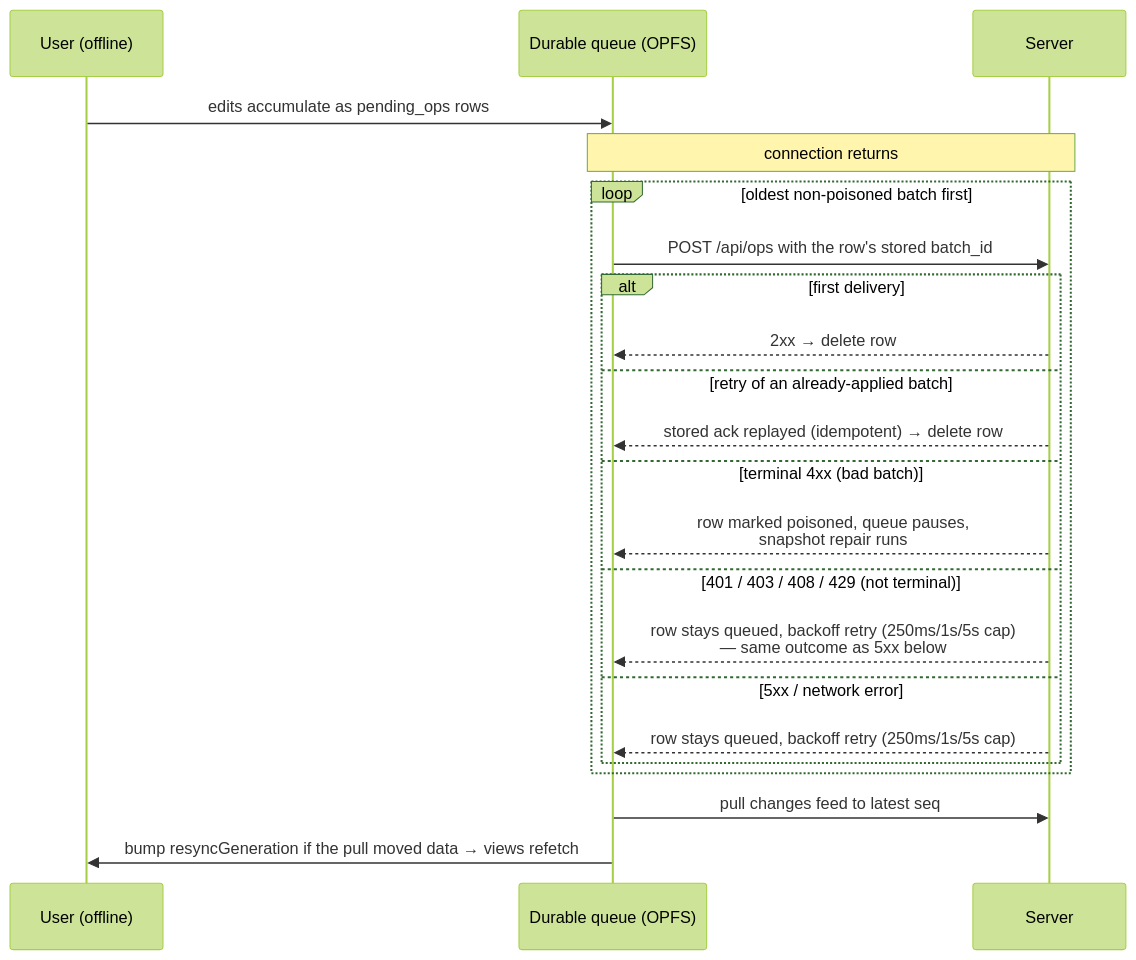
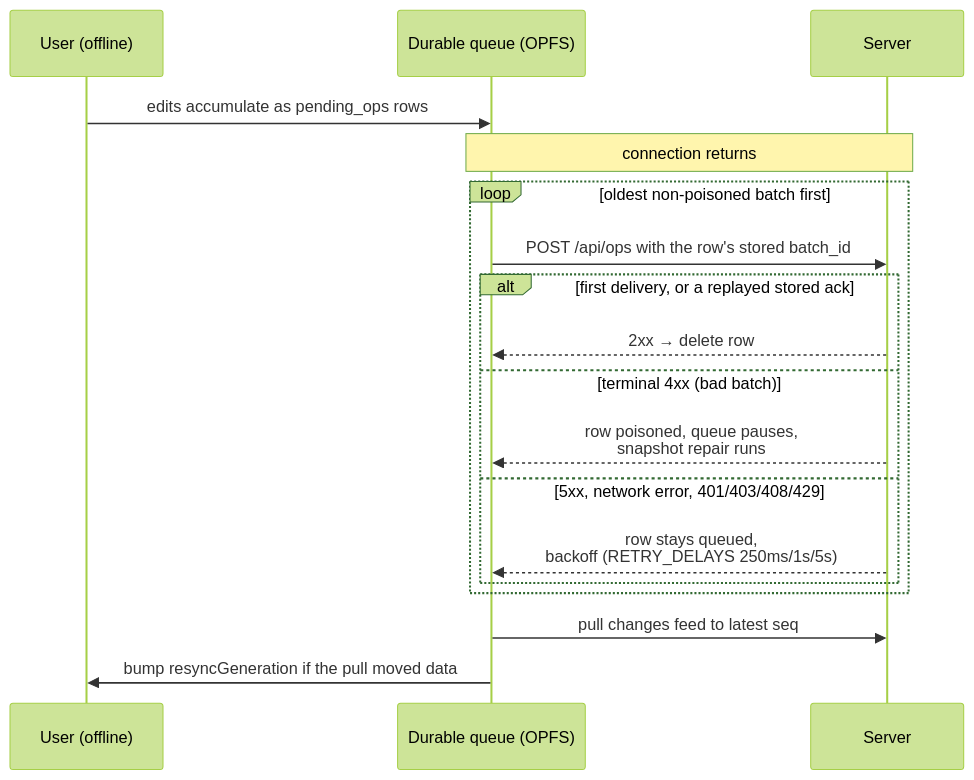
The second of 2 diagrams in docs/architecture/sync-and-offline.md (ArthurClune/pkm-system), drawn with Mermaid (forest theme) before and after one commit. The commit also changed other lines of this file and 8 other files, not shown here.

````diff
--- a/docs/architecture/sync-and-offline.md
+++ b/docs/architecture/sync-and-offline.md
@@ -340,25 +308,21 @@
 ```mermaid
 sequenceDiagram
     participant U as User (offline)
     participant Q as Durable queue (OPFS)
     participant S as Server
 
     U->>Q: edits accumulate as pending_ops rows
     Note over Q,S: connection returns
     loop oldest non-poisoned batch first
         Q->>S: POST /api/ops with the row's stored batch_id
-        alt first delivery
+        alt first delivery, or a replayed stored ack
             S-->>Q: 2xx → delete row
-        else retry of an already-applied batch
-            S-->>Q: stored ack replayed (idempotent) → delete row
         else terminal 4xx (bad batch)
-            S-->>Q: row marked poisoned, queue pauses,<br/>snapshot repair runs
-        else 401 / 403 / 408 / 429 (not terminal)
-            S-->>Q: row stays queued, backoff retry (250ms/1s/5s cap)<br/>— same outcome as 5xx below
-        else 5xx / network error
-            S-->>Q: row stays queued, backoff retry (250ms/1s/5s cap)
+            S-->>Q: row poisoned, queue pauses,<br/>snapshot repair runs
+        else 5xx, network error, 401/403/408/429
+            S-->>Q: row stays queued,<br/>backoff (RETRY_DELAYS 250ms/1s/5s)
         end
     end
     Q->>S: pull changes feed to latest seq
-    Q->>U: bump resyncGeneration if the pull moved data → views refetch
+    Q->>U: bump resyncGeneration if the pull moved data
 ```
````
